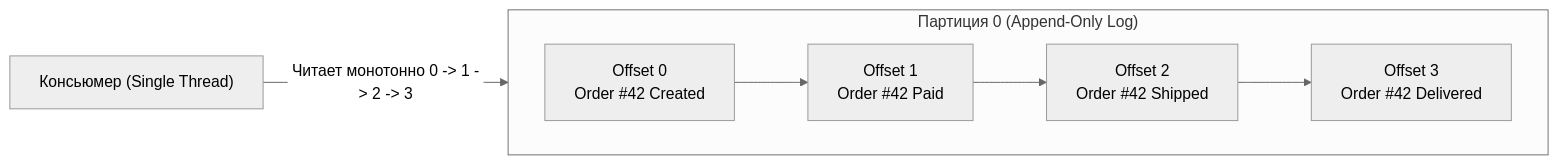
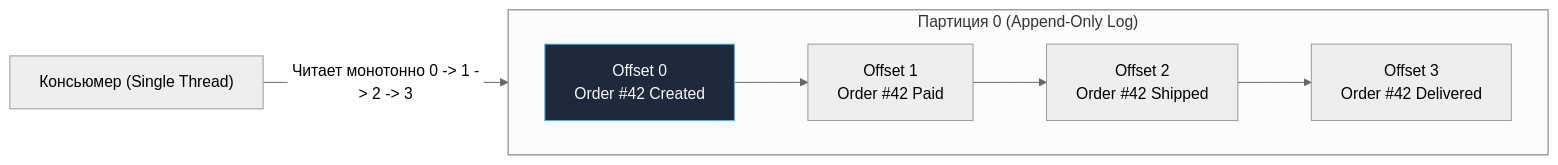
The first of 4 diagrams in sources/13. Очереди, брокеры сообщений и оркестраторы/03. Kafka/5. Ordering и partitioning.md (UnrealTemplier/go-textbook), drawn with Mermaid (neutral theme) before and after one commit. The commit also changed other lines of this file and 1666 other files, not shown here.

First line of the commit message:
feat(mermaid): add semantic color classDef to 1369 colorless flowchart/graph diagrams

````diff
--- a/sources/13. Очереди, брокеры сообщений и оркестраторы/03. Kafka/5. Ordering и partitioning.md
+++ b/sources/13. Очереди, брокеры сообщений и оркестраторы/03. Kafka/5. Ordering и partitioning.md
@@ -30,11 +30,21 @@
 ```mermaid
 flowchart LR
+    classDef process  fill:#1e293b,stroke:#38bdf8,stroke-width:1px,color:#f8fafc
+    classDef success  fill:#064e3b,stroke:#34d399,stroke-width:1px,color:#f8fafc
+    classDef error    fill:#7f1d1d,stroke:#f87171,stroke-width:1px,color:#f8fafc
+    classDef warning  fill:#78350f,stroke:#fbbf24,stroke-width:1px,color:#f8fafc
+    classDef entry    fill:#1e3a5f,stroke:#38bdf8,stroke-width:2px,color:#f8fafc
+    classDef aux      fill:#334155,stroke:#64748b,stroke-width:1px,color:#f8fafc
+    classDef system   fill:#312e81,stroke:#a78bfa,stroke-width:1px,color:#f8fafc
+    classDef data     fill:#132d29,stroke:#2dd4bf,stroke-width:1px,color:#f8fafc
+    classDef network  fill:#881337,stroke:#fb7185,stroke-width:1px,color:#f8fafc
+    classDef accent   fill:#1e1b4b,stroke:#818cf8,stroke-width:1px,color:#f8fafc
     subgraph Partition["Партиция 0 (Append-Only Log)"]
         direction LR
-        O0["Offset 0<br>Order #42 Created"] --> O1["Offset 1<br>Order #42 Paid"]
+        O0["Offset 0<br>Order #42 Created"]:::process --> O1["Offset 1<br>Order #42 Paid"]
         O1 --> O2["Offset 2<br>Order #42 Shipped"]
         O2 --> O3["Offset 3<br>Order #42 Delivered"]
     end
     
     C["Консьюмер (Single Thread)"] -->|"Читает монотонно 0 -> 1 -> 2 -> 3"| Partition
 ```
````
